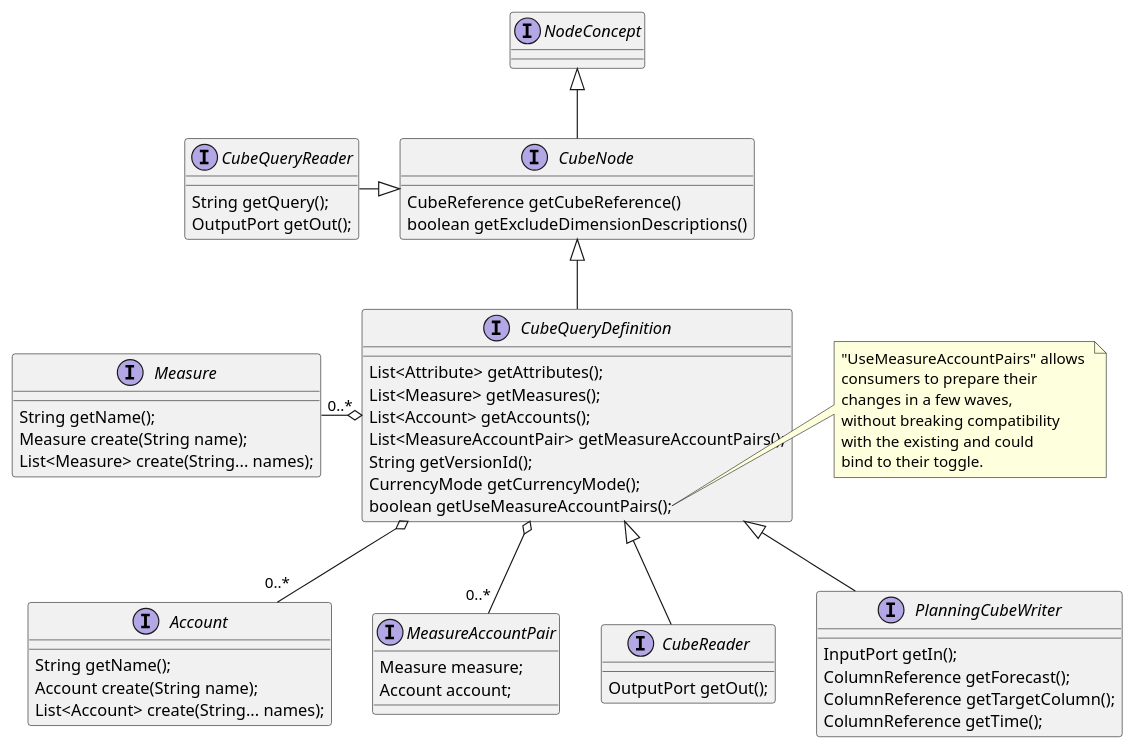
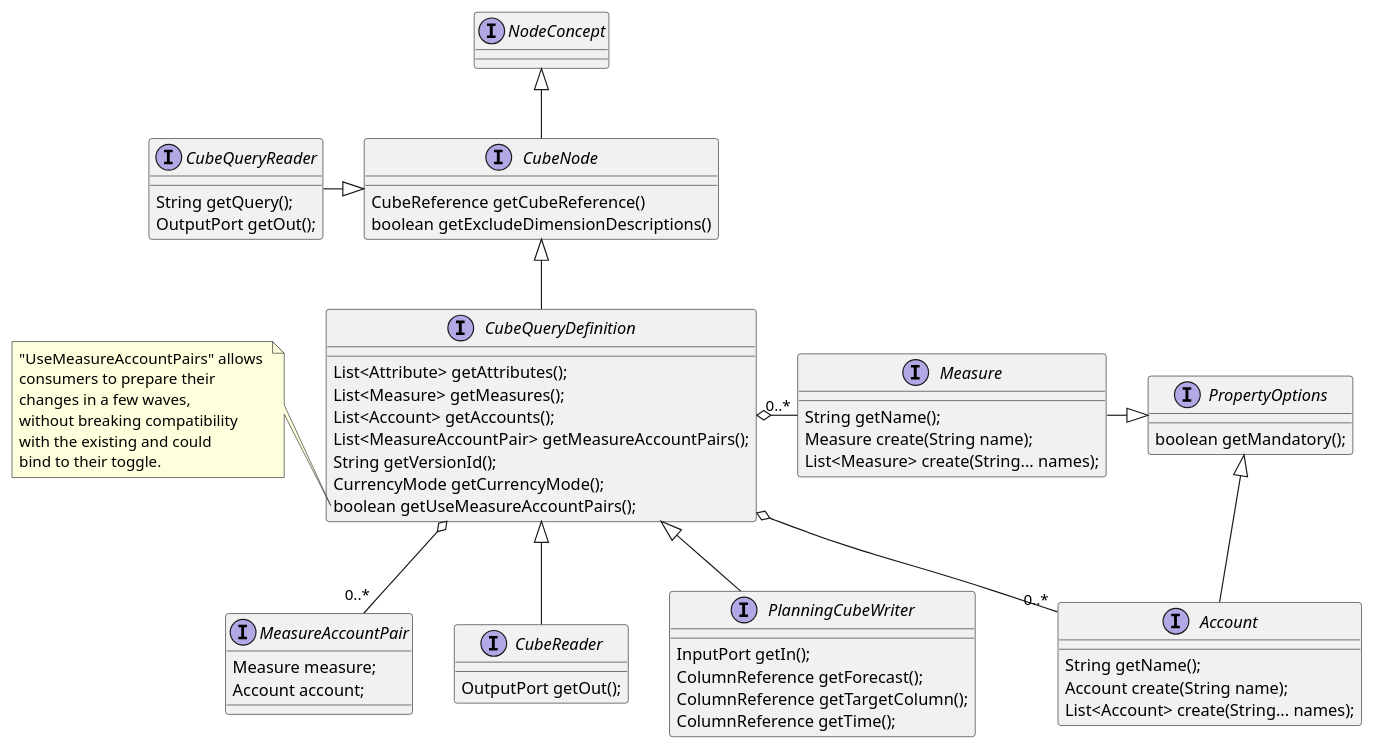
Before and after one commit to loutfinadir/uml: the diagram in pipeline-v2.wsd, drawn with PlantUML. The commit also changed 1 other file, not shown here.

```diff
--- a/pipeline-v2.wsd
+++ b/pipeline-v2.wsd
@@ -1,68 +1,75 @@
 @startuml
 
 interface NodeConcept
 
 interface CubeNode extends NodeConcept {
     CubeReference getCubeReference()
     boolean getExcludeDimensionDescriptions()
 }
 
+interface PropertyOptions {
+    boolean getMandatory();
+}
+
+
+interface Measure  {
+    String getName();
+    Measure create(String name);
+    List<Measure> create(String... names);
+}
+
 interface Account {
     String getName();
     Account create(String name);
     List<Account> create(String... names);
-}
-
-interface Measure {
-    String getName();
-    Measure create(String name);
-    List<Measure> create(String... names);
 }
 
 interface MeasureAccountPair {
     Measure measure;
     Account account;
 }
 
 interface CubeQueryDefinition extends CubeNode {
     List<Attribute> getAttributes();
     List<Measure> getMeasures();
     List<Account> getAccounts();
     List<MeasureAccountPair> getMeasureAccountPairs();
     String getVersionId();
     CurrencyMode getCurrencyMode();
     boolean getUseMeasureAccountPairs();
 }
 
 interface CubeQueryReader {
     String getQuery();
     OutputPort getOut();
 }
 
 interface CubeReader extends CubeQueryDefinition {
     OutputPort getOut();
 }
 
 interface PlanningCubeWriter extends CubeQueryDefinition {
 
     InputPort getIn();
     ColumnReference getForecast();
     ColumnReference getTargetColumn();
     ColumnReference getTime();
 }
 
-CubeQueryDefinition o-left- "0..*" Measure
+CubeQueryDefinition o-right- "0..*" Measure
 CubeQueryDefinition o-down- "0..*" Account
 CubeQueryDefinition o-down- "0..*" MeasureAccountPair
 CubeQueryReader -|> CubeNode
+Measure -down|> PropertyOptions
+Account -left|> PropertyOptions
 
-note right of CubeQueryDefinition::getUseMeasureAccountPairs
+note left of CubeQueryDefinition::getUseMeasureAccountPairs
  "UseMeasureAccountPairs" allows 
  consumers to prepare their 
  changes in a few waves, 
  without breaking compatibility
  with the existing and could 
  bind to their toggle.
 end note
 
 @enduml
```
